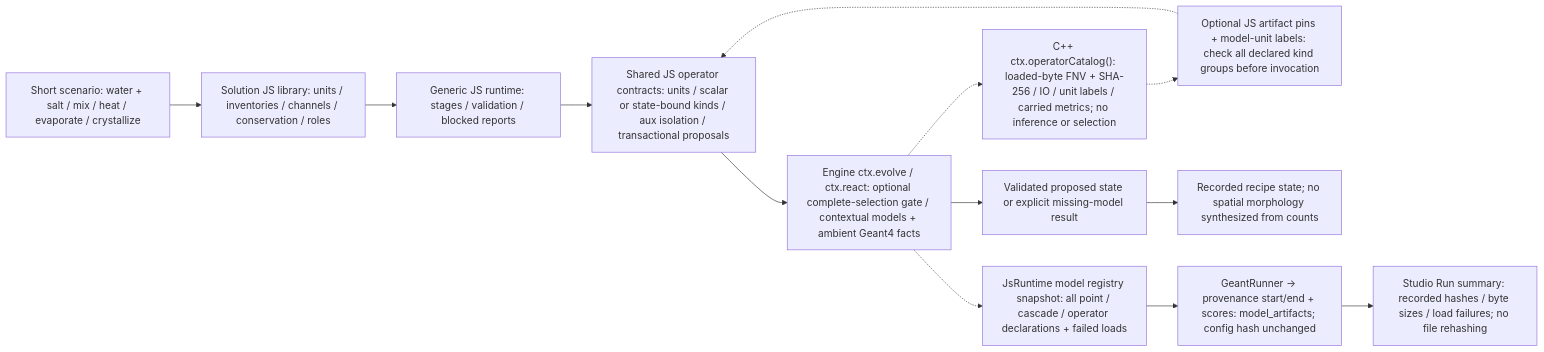
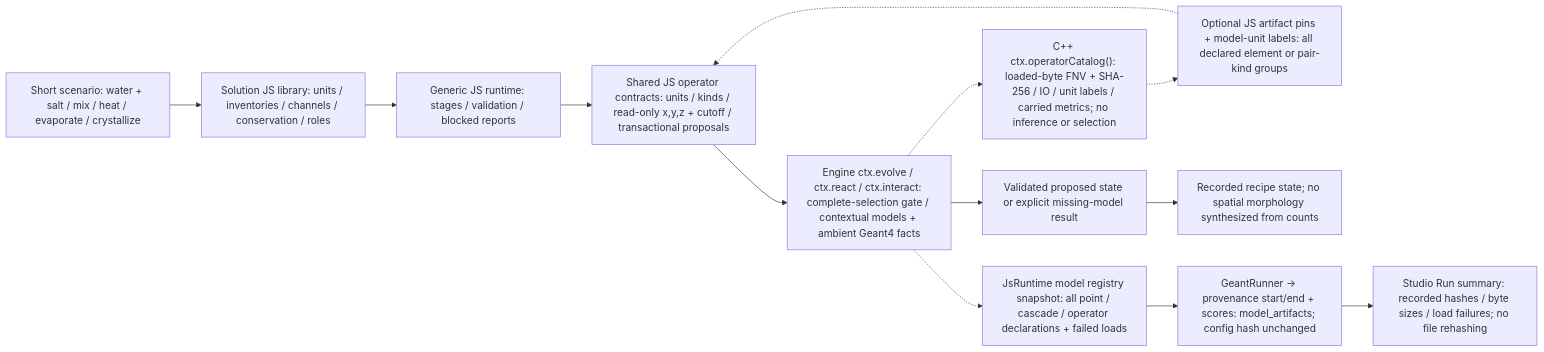
One commit to Geckos-Ink/trech changed the third of 38 diagrams in CHARTS.md. Above: the diagram before and after it, drawn with Mermaid. The commit also changed 10 other files, not shown here.

````diff
--- a/CHARTS.md
+++ b/CHARTS.md
@@ -37,15 +37,15 @@
 ```mermaid
 flowchart LR
   S["Short scenario: water + salt / mix / heat / evaporate / crystallize"] --> D["Solution JS library: units / inventories / channels / conservation / roles"]
   D --> R["Generic JS runtime: stages / validation / blocked reports"]
-  R --> B["Shared JS operator contracts: units / scalar or state-bound kinds / aux isolation / transactional proposals"]
-  B --> E["Engine ctx.evolve / ctx.react: optional complete-selection gate / contextual models + ambient Geant4 facts"]
+  R --> B["Shared JS operator contracts: units / kinds / read-only x,y,z + cutoff / transactional proposals"]
+  B --> E["Engine ctx.evolve / ctx.react / ctx.interact: complete-selection gate / contextual models + ambient Geant4 facts"]
   E -.-> C["C++ ctx.operatorCatalog(): loaded-byte FNV + SHA-256 / IO / unit labels / carried metrics; no inference or selection"]
-  C -.-> P["Optional JS artifact pins + model-unit labels: check all declared kind groups before invocation"]
+  C -.-> P["Optional JS artifact pins + model-unit labels: all declared element or pair-kind groups"]
   P -.-> B
   E --> V["Validated proposed state or explicit missing-model result"]
   V --> O["Recorded recipe state; no spatial morphology synthesized from counts"]
   E -.-> M["JsRuntime model registry snapshot: all point / cascade / operator declarations + failed loads"]
   M --> F["GeantRunner → provenance start/end + scores: model_artifacts; config hash unchanged"]
   F --> U["Studio Run summary: recorded hashes / byte sizes / load failures; no file rehashing"]
 ```
````
